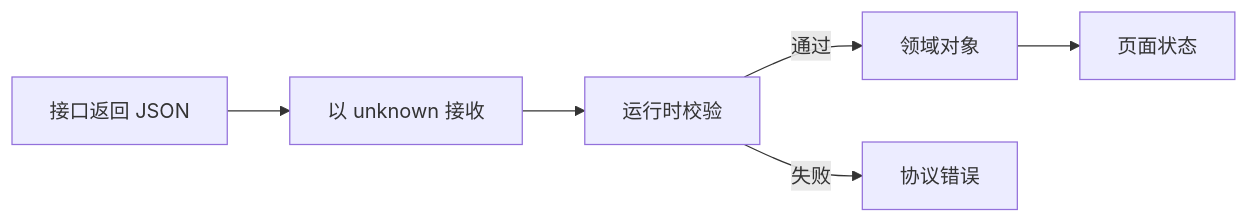
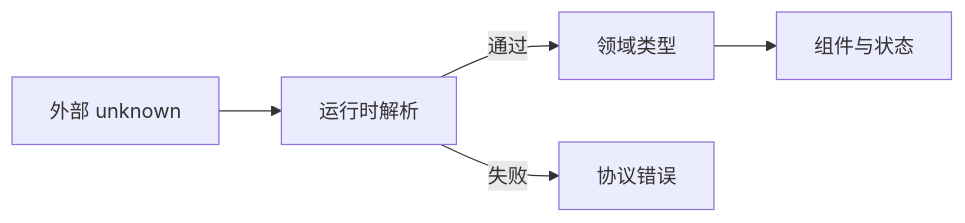
The diagram in docs/frontend/typescript-type-system-engineering.md (upJiang/jiang-blog-vitepress), drawn with Mermaid before and after one commit. The commit also changed other lines of this file and 425 other files, not shown here.

````diff
--- a/docs/frontend/typescript-type-system-engineering.md
+++ b/docs/frontend/typescript-type-system-engineering.md
@@ -44,8 +34,7 @@
 ```mermaid
 flowchart LR
-  A[接口返回 JSON] --> B[以 unknown 接收]
-  B --> C[运行时校验]
-  C -->|通过| D[领域对象]
-  C -->|失败| E[协议错误]
-  D --> F[页面状态]
+  A[外部 unknown] --> B[运行时解析]
+  B -->|通过| C[领域类型]
+  B -->|失败| D[协议错误]
+  C --> E[组件与状态]
 ```
````
